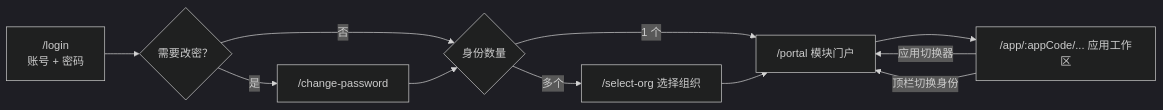
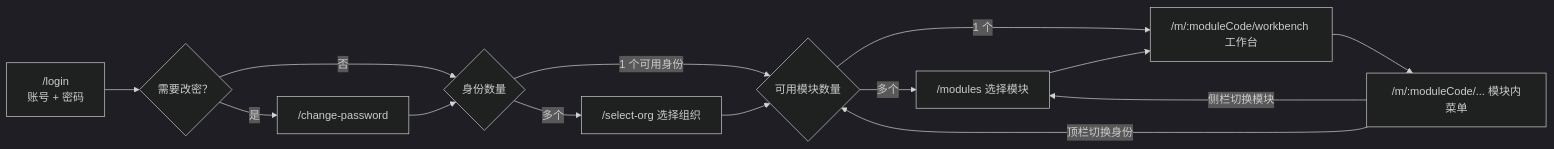
Before and after one commit to johnnywwy/smart-sport: the fourth of 4 diagrams in docs/ARCHITECTURE.md, drawn with Mermaid (dark theme). The commit also changed other lines of this file and 14 other files, not shown here.

````diff
--- a/docs/ARCHITECTURE.md
+++ b/docs/ARCHITECTURE.md
@@ -273,13 +274,16 @@
 ```mermaid
 flowchart LR
   L["/login<br/>账号 + 密码"] --> C{"需要改密？"}
   C -- 是 --> CP["/change-password"]
   C -- 否 --> N{"身份数量"}
   CP --> N
-  N -- "1 个" --> P["/portal 模块门户"]
+  N -- "1 个可用身份" --> M{"可用模块数量"}
   N -- "多个" --> S["/select-org 选择组织"]
-  S --> P
-  P --> A["/app/:appCode/... 应用工作区"]
-  A -- "应用切换器" --> P
-  A -- "顶栏切换身份" --> P
+  S --> M
+  M -- "多个" --> P["/modules 选择模块"]
+  M -- "1 个" --> A["/m/:moduleCode/workbench 工作台"]
+  P --> A
+  A --> W["/m/:moduleCode/... 模块内菜单"]
+  W -- "侧栏切换模块" --> P
+  W -- "顶栏切换身份" --> M
 ```
````
